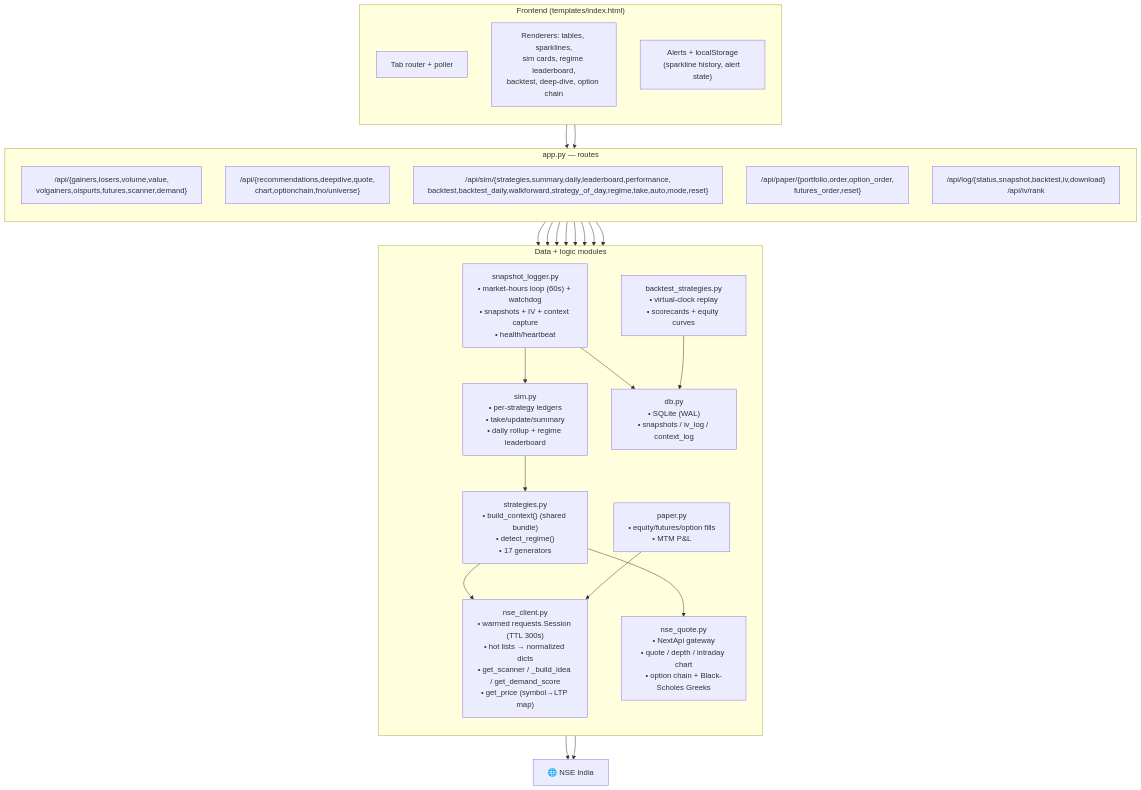
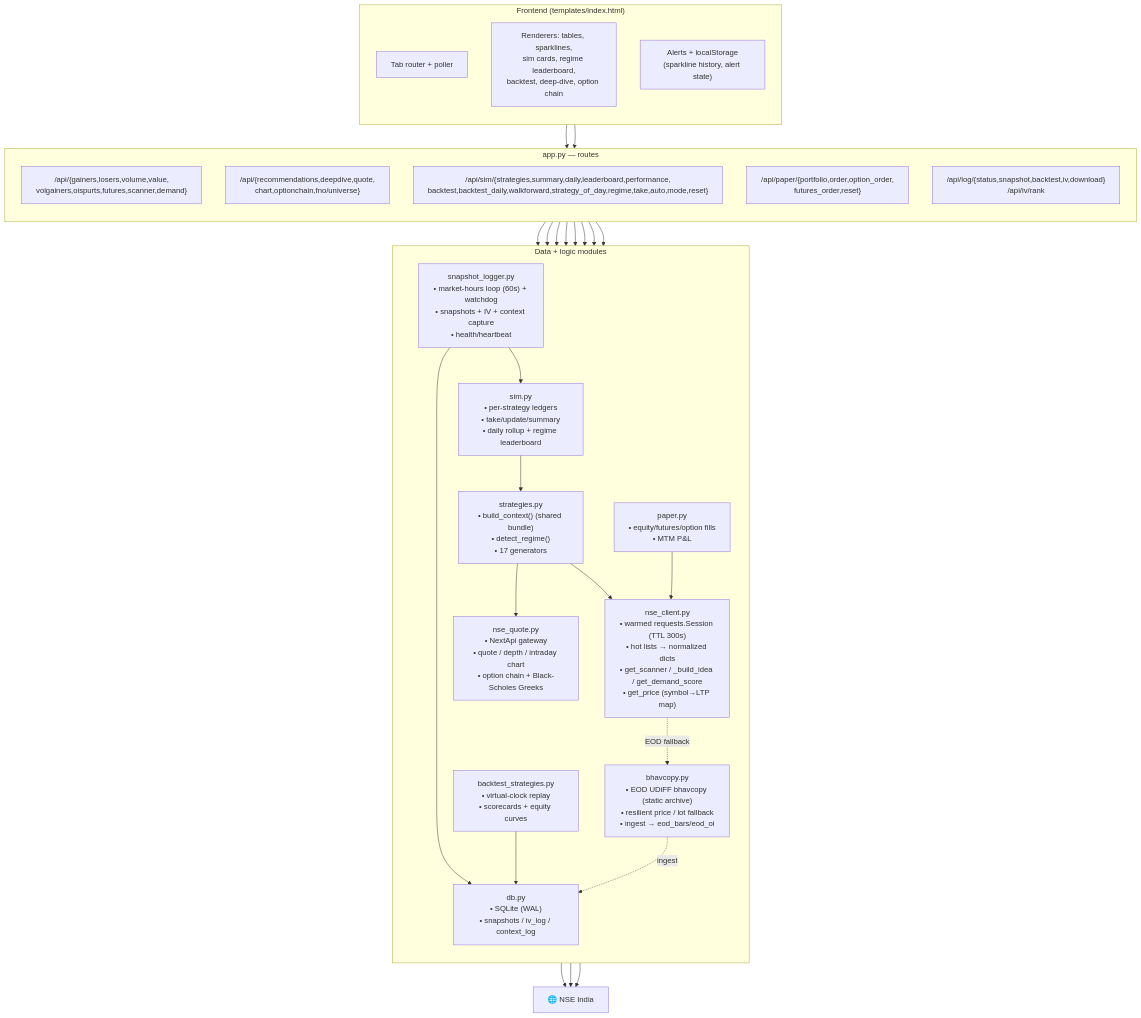
The third of 8 diagrams in README.md (aakash-jain-1/nse-market-pulse), drawn with Mermaid before and after one commit. The commit also changed other lines of this file and 12 other files, not shown here.

First line of the commit message:
EOD bhavcopy resilience + full-market pricing, and paper option writing/shorting; 410 → 456 tests

````diff
--- a/README.md
+++ b/README.md
@@ -228,47 +232,51 @@
 ```mermaid
 flowchart TB
     subgraph FE["Frontend (templates/index.html)"]
         direction TB
         TABS["Tab router + poller"]
         REND["Renderers: tables, sparklines,<br/>sim cards, regime leaderboard,<br/>backtest, deep-dive, option chain"]
         ALERT["Alerts + localStorage<br/>(sparkline history, alert state)"]
     end
 
     subgraph API["app.py — routes"]
         direction TB
         R1["/api/{gainers,losers,volume,value,<br/>volgainers,oispurts,futures,scanner,demand}"]
         R2["/api/{recommendations,deepdive,quote,<br/>chart,optionchain,fno/universe}"]
         R3["/api/sim/{strategies,summary,daily,leaderboard,performance,<br/>backtest,backtest_daily,walkforward,strategy_of_day,regime,take,auto,mode,reset}"]
         R4["/api/paper/{portfolio,order,option_order,<br/>futures_order,reset}"]
         R5["/api/log/{status,snapshot,backtest,iv,download}<br/>/api/iv/rank"]
     end
 
     subgraph DATA["Data + logic modules"]
         direction TB
         NC["nse_client.py<br/>• warmed requests.Session (TTL 300s)<br/>• hot lists → normalized dicts<br/>• get_scanner / _build_idea / get_demand_score<br/>• get_price (symbol→LTP map)"]
         NQ["nse_quote.py<br/>• NextApi gateway<br/>• quote / depth / intraday chart<br/>• option chain + Black-Scholes Greeks"]
+        BC["bhavcopy.py<br/>• EOD UDiFF bhavcopy (static archive)<br/>• resilient price / lot fallback<br/>• ingest → eod_bars/eod_oi"]
         ST["strategies.py<br/>• build_context() (shared bundle)<br/>• detect_regime()<br/>• 17 generators"]
         SM["sim.py<br/>• per-strategy ledgers<br/>• take/update/summary<br/>• daily rollup + regime leaderboard"]
         BK["backtest_strategies.py<br/>• virtual-clock replay<br/>• scorecards + equity curves"]
         PP["paper.py<br/>• equity/futures/option fills<br/>• MTM P&L"]
         SL["snapshot_logger.py<br/>• market-hours loop (60s) + watchdog<br/>• snapshots + IV + context capture<br/>• health/heartbeat"]
         DBM["db.py<br/>• SQLite (WAL)<br/>• snapshots / iv_log / context_log"]
     end
 
     NSEAPI["🌐 NSE India"]
 
     TABS --> API
     REND --> API
     R1 --> NC
     R2 --> NC & NQ
     R3 --> SM & BK & ST
     R4 --> PP
     R5 --> SL
     NC --> NSEAPI
     NQ --> NSEAPI
     ST --> NC & NQ
     SM --> ST
     SL --> SM & DBM
     BK --> DBM
     PP --> NC
+    NC -.EOD fallback.-> BC
+    BC --> NSEAPI
+    BC -.ingest.-> DBM
 ```
````
